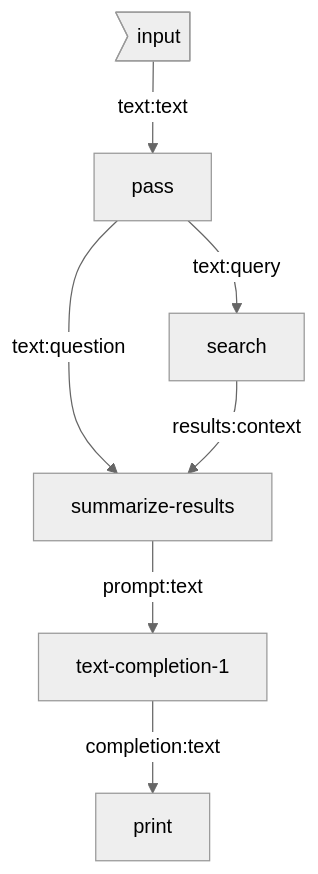
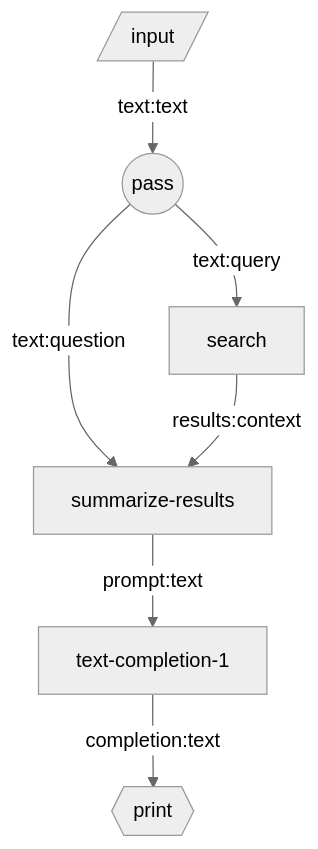
Before and after one commit to breadboard-ai/breadboard: the diagram in seeds/graph-playground/docs/graphs/search-summarize.md, drawn with Mermaid (neutral theme). The commit also changed 11 other files, not shown here.

Commit message:
[graph-playground] Update diagrams.

````diff
--- a/seeds/graph-playground/docs/graphs/search-summarize.md
+++ b/seeds/graph-playground/docs/graphs/search-summarize.md
@@ -4,9 +4,9 @@
 ```mermaid
 graph TD;
-input>input] -- text:text --> pass
-pass -- text:query --> search
-pass -- text:question --> summarize-results
+input[/input/] -- text:text --> pass((pass))
+pass((pass)) -- text:query --> search
+pass((pass)) -- text:question --> summarize-results
 search -- results:context --> summarize-results
 summarize-results -- prompt:text --> text-completion-1
-text-completion-1 -- completion:text --> print
+text-completion-1 -- completion:text --> print{{print}}
 ```
````
